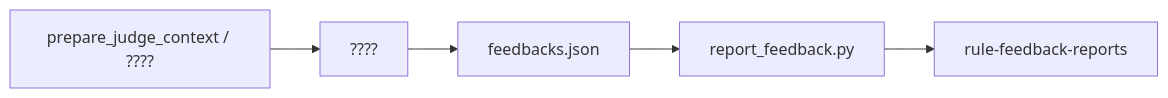
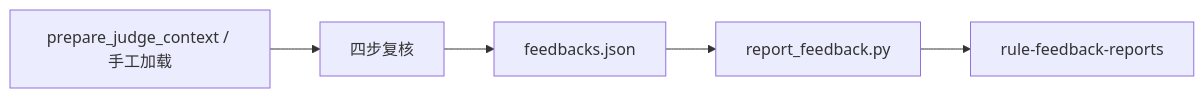
Before and after one commit to TheAceTeam/AceHarness: the diagram in skills/pr-rule-feedback/SKILL.md, drawn with Mermaid. The commit also changed other lines of this file, not shown here.

````diff
--- a/skills/pr-rule-feedback/SKILL.md
+++ b/skills/pr-rule-feedback/SKILL.md
@@ -68,7 +68,7 @@
 ```mermaid
 flowchart LR
-  A[prepare_judge_context / ????] --> B[????]
+  A[prepare_judge_context / 手工加载] --> B[四步复核]
   B --> C[feedbacks.json]
   C --> D[report_feedback.py]
   D --> E[rule-feedback-reports]
 ```
````
